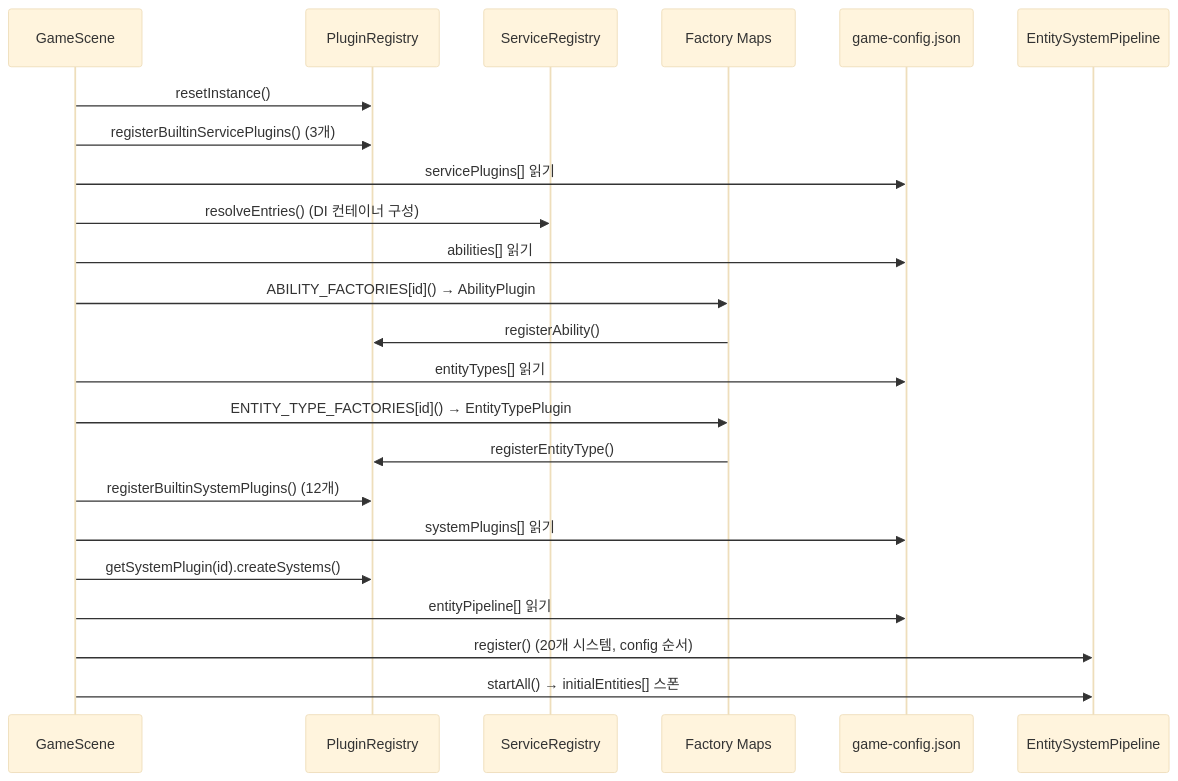
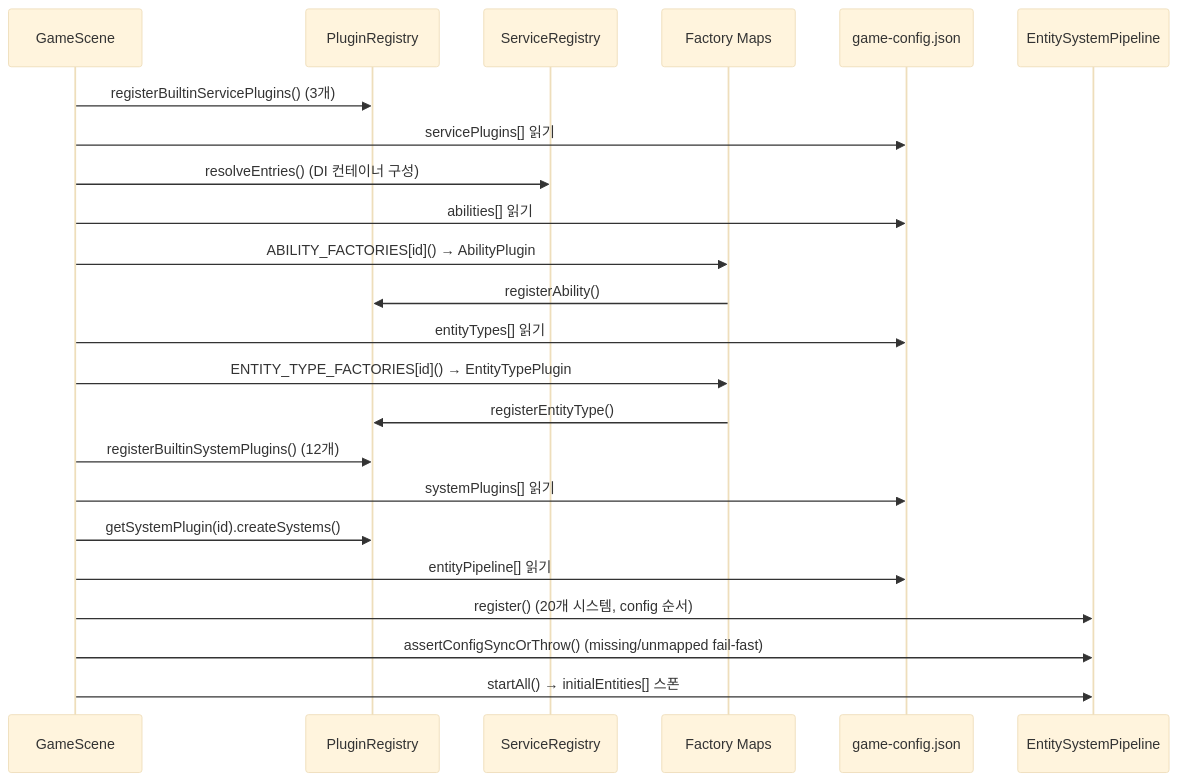
One commit to nelta9x/flashead changed the second of 5 diagrams in docs/PLUGIN_ARCHITECTURE.md. Above: the diagram before and after it, drawn with Mermaid (base theme). The commit also changed other lines of this file and 11 other files, not shown here.

Commit message:
feat: enforce P2 fail-fast pipeline sync and scoped mod event bus

````diff
--- a/docs/PLUGIN_ARCHITECTURE.md
+++ b/docs/PLUGIN_ARCHITECTURE.md
@@ -36,26 +36,26 @@
 ```mermaid
 sequenceDiagram
   participant GS as GameScene
   participant PR as PluginRegistry
   participant SR as ServiceRegistry
   participant FM as Factory Maps
   participant CFG as game-config.json
   participant PP as EntitySystemPipeline
 
-  GS->>PR: resetInstance()
   GS->>PR: registerBuiltinServicePlugins() (3개)
   GS->>CFG: servicePlugins[] 읽기
   GS->>SR: resolveEntries() (DI 컨테이너 구성)
   GS->>CFG: abilities[] 읽기
   GS->>FM: ABILITY_FACTORIES[id]() → AbilityPlugin
   FM->>PR: registerAbility()
   GS->>CFG: entityTypes[] 읽기
   GS->>FM: ENTITY_TYPE_FACTORIES[id]() → EntityTypePlugin
   FM->>PR: registerEntityType()
   GS->>PR: registerBuiltinSystemPlugins() (12개)
   GS->>CFG: systemPlugins[] 읽기
   GS->>PR: getSystemPlugin(id).createSystems()
   GS->>CFG: entityPipeline[] 읽기
   GS->>PP: register() (20개 시스템, config 순서)
+  GS->>PP: assertConfigSyncOrThrow() (missing/unmapped fail-fast)
   GS->>PP: startAll() → initialEntities[] 스폰
 ```
````
